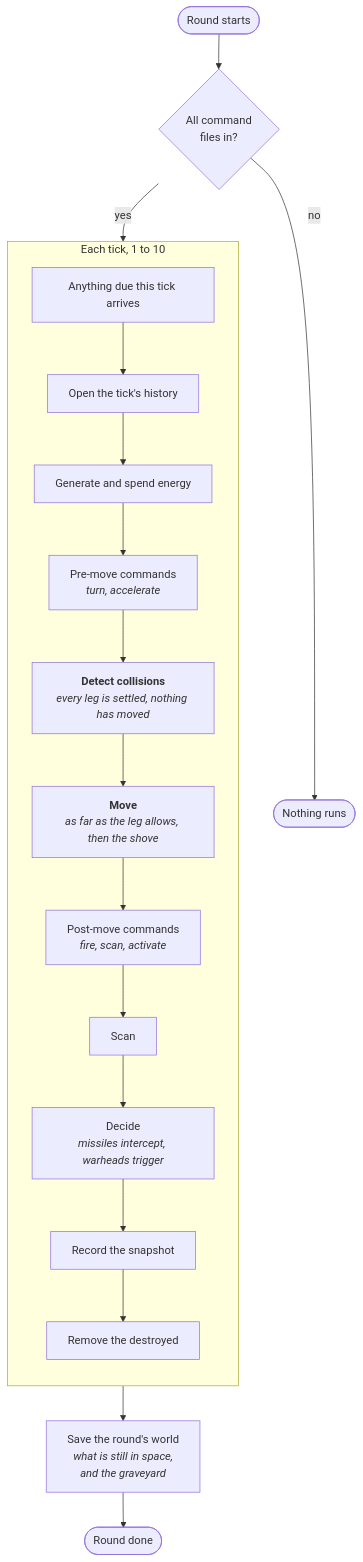
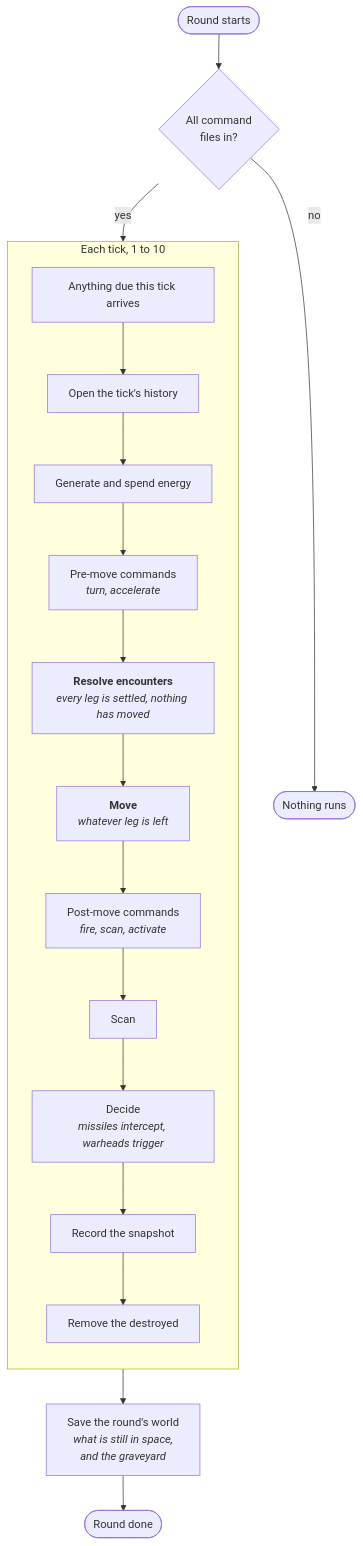
Before and after one commit to sbeaumont/starship-arena: the second of 2 diagrams in docs/architecture.md, drawn with Mermaid. The commit also changed other lines of this file and 36 other files, not shown here.

````diff
--- a/docs/architecture.md
+++ b/docs/architecture.md
@@ -108,23 +108,23 @@
 ```mermaid
 flowchart TD
     Start([Round starts]) --> Check{"All command<br/>files in?"}
     Check -->|no| Stop([Nothing runs])
     Check -->|yes| Tick
 
     subgraph Tick ["Each tick, 1 to 10"]
         direction TB
         Arrive["Anything due this tick arrives"] --> H["Open the tick's history"]
         H --> E["Generate and spend energy"]
         E --> PreCmd["Pre-move commands<br/><i>turn, accelerate</i>"]
-        PreCmd --> Detect["<b>Detect collisions</b><br/><i>every leg is settled, nothing has moved</i>"]
-        Detect --> Move["<b>Move</b><br/><i>as far as the leg allows, then the shove</i>"]
+        PreCmd --> Detect["<b>Resolve encounters</b><br/><i>every leg is settled, nothing has moved</i>"]
+        Detect --> Move["<b>Move</b><br/><i>whatever leg is left</i>"]
         Move --> PostCmd["Post-move commands<br/><i>fire, scan, activate</i>"]
         PostCmd --> Scan["Scan"]
         Scan --> Decide["Decide<br/><i>missiles intercept, warheads trigger</i>"]
         Decide --> Snap["Record the snapshot"]
         Snap --> Reap["Remove the destroyed"]
     end
 
     Tick --> Save["Save the round's world<br/><i>what is still in space,<br/>and the graveyard</i>"]
     Save --> Done([Round done])
 ```
````
